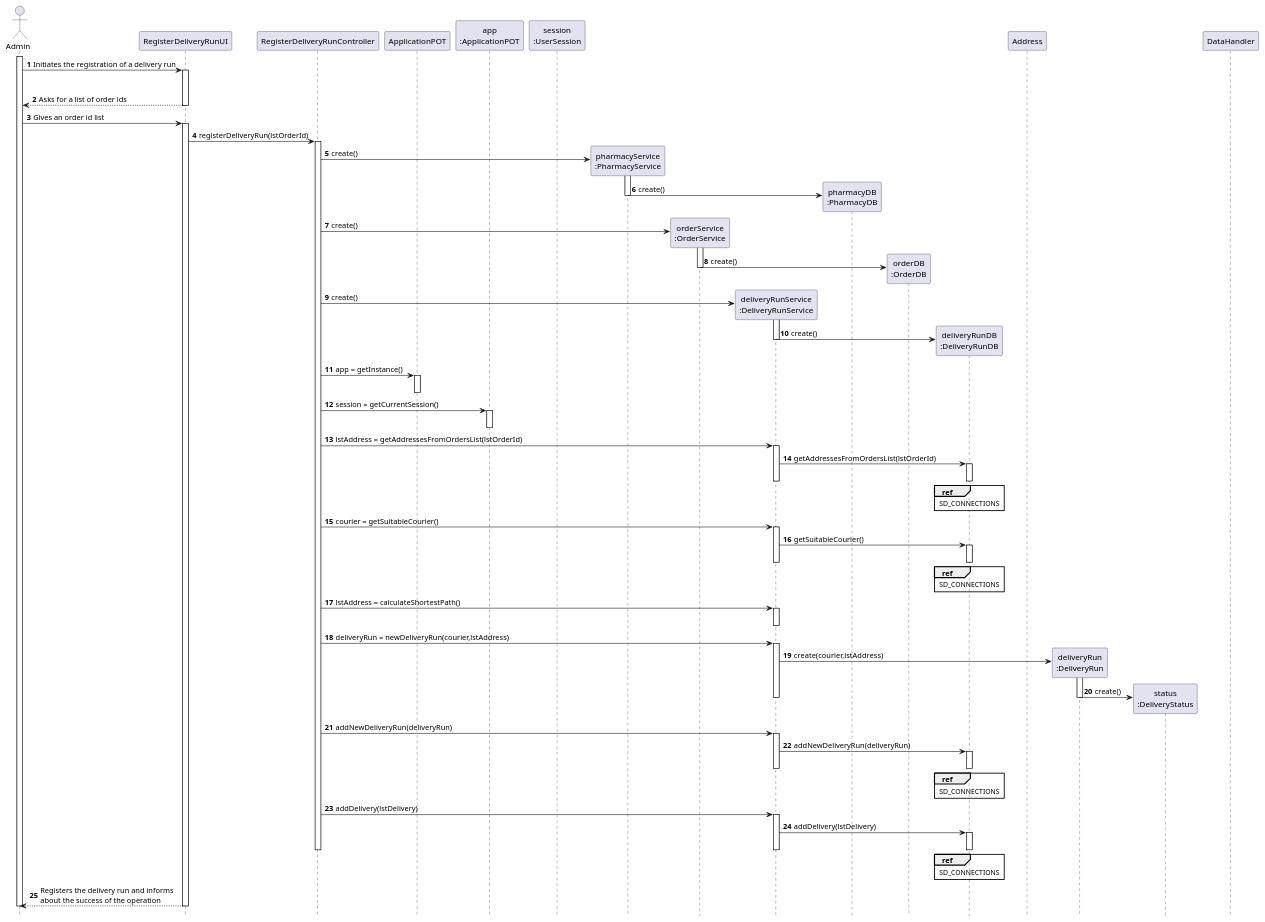
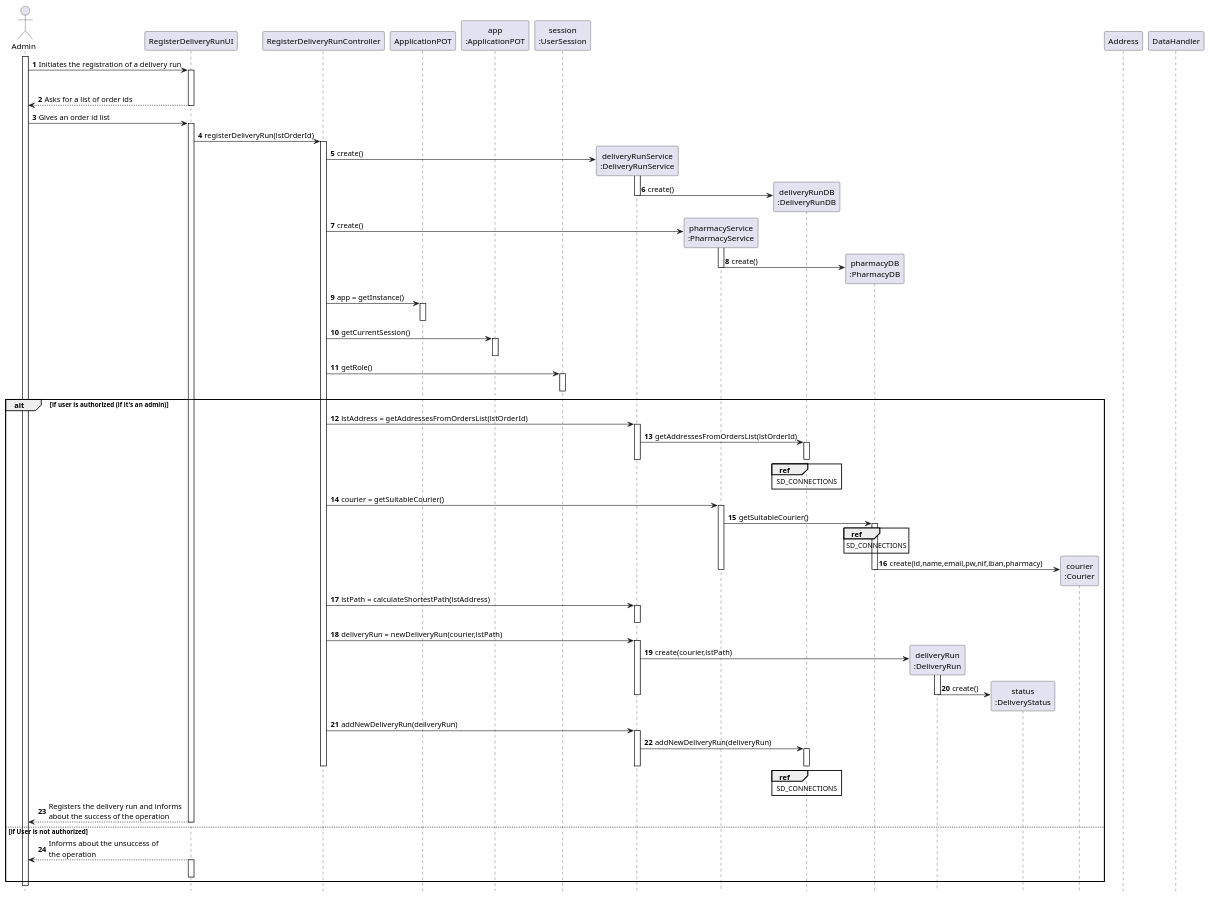
The diagram in docs/Iteration 2/Delivery Management/US206_RegisterDeliveryRun/US206_SD.puml (tiagoavcosta25/LAPR3), drawn with PlantUML before and after one commit. The commit also changed 22 other files, not shown here.

Commit message:
LAPR2AP2-220 #developing Register Delivery Run [Implementation]

```diff
--- a/docs/Iteration 2/Delivery Management/US206_RegisterDeliveryRun/US206_SD.puml
+++ b/docs/Iteration 2/Delivery Management/US206_RegisterDeliveryRun/US206_SD.puml
@@ -1,152 +1,152 @@
 @startuml
 autonumber
 hide footbox
 
 actor "Admin" as U
 
 participant "RegisterDeliveryRunUI" as UI
 participant "RegisterDeliveryRunController" as CTRL
 participant "ApplicationPOT" as _APP
 participant "app\n:ApplicationPOT" as APP
 participant "session\n:UserSession" as SESSION
-
+participant "deliveryRunService\n:DeliveryRunService" as DRS
 participant "pharmacyService\n:PharmacyService" as PS
-participant "orderService\n:OrderService" as OS
-participant "deliveryRunService\n:DeliveryRunService" as DRS
+participant "deliveryRunDB\n:DeliveryRunDB" as DB
 participant "pharmacyDB\n:PharmacyDB" as PDB
-participant "orderDB\n:OrderDB" as ODB
-participant "deliveryRunDB\n:DeliveryRunDB" as DB
-participant "Address" as A
 participant "deliveryRun\n:DeliveryRun" as DR
 participant "status\n:DeliveryStatus" as DS
-
+participant "courier\n:Courier" as C
+participant "Address" as A
 
 participant "DataHandler" as DH
 
 activate U
 
 U -> UI : Initiates the registration of a delivery run
 activate UI
 
 
 
 
 
 
 
-
-deactivate ODB
 deactivate CTRL
 
 
 UI --> U: Asks for a list of order ids
 
 deactivate UI
 
 
 
 
 U -> UI : Gives an order id list
 activate UI
 UI -> CTRL : registerDeliveryRun(lstOrderId)
 activate CTRL
-CTRL -> PS** : create()
-activate PS
-PS -> PDB** : create()
-deactivate PS
 
-CTRL -> OS** : create()
-activate OS
-OS -> ODB** : create()
-deactivate OS
+
+
 
 CTRL -> DRS** : create()
 activate DRS
 DRS -> DB** : create()
 deactivate DRS
+
+CTRL -> PS** : create()
+activate PS
+PS -> PDB** : create()
+deactivate PS
 CTRL -> _APP: app = getInstance()
 activate _APP
 deactivate _APP
 
-CTRL -> APP : session = getCurrentSession()
+CTRL -> APP : getCurrentSession()
 activate APP
 deactivate APP
 
+CTRL -> SESSION : getRole()
+activate SESSION
+deactivate SESSION
 
+alt if user is authorized (if it's an admin)
 CTRL -> DRS : lstAddress = getAddressesFromOrdersList(lstOrderId)
 activate DRS
 DRS -> DB : getAddressesFromOrdersList(lstOrderId)
 activate DB
 
 ref over DB
 SD_CONNECTIONS
 end ref
 deactivate DB
 deactivate DRS
 
 
 
-CTRL -> DRS : courier = getSuitableCourier()
-activate DRS
-DRS -> DB : getSuitableCourier()
-activate DB
-deactivate DB
-deactivate DRS
 
-ref over DB
+CTRL -> PS : courier = getSuitableCourier()
+activate PS
+PS -> PDB : getSuitableCourier()
+activate PDB
+ref over PDB
 SD_CONNECTIONS
 end ref
+PDB -> C** : create(id,name,email,pw,nif,iban,pharmacy)
+deactivate DB
+deactivate PS
+deactivate PDB
 
-CTRL -> DRS : lstAddress = calculateShortestPath()
+
+CTRL -> DRS : lstPath = calculateShortestPath(lstAddress)
 activate DRS
 deactivate DRS
-CTRL -> DRS : deliveryRun = newDeliveryRun(courier,lstAddress)
+CTRL -> DRS : deliveryRun = newDeliveryRun(courier,lstPath)
 activate DRS
-DRS -> DR** : create(courier,lstAddress)
+DRS -> DR** : create(courier,lstPath)
 activate DR
 DR -> DS** : create()
 deactivate DRS
 
 
 
 deactivate DR
 
 CTRL -> DRS : addNewDeliveryRun(deliveryRun)
 activate DRS
 DRS -> DB : addNewDeliveryRun(deliveryRun)
 activate DB
 deactivate DRS
 ref over DB
 SD_CONNECTIONS
 end ref
 deactivate DB
 
-CTRL -> DRS : addDelivery(lstDelivery)
-activate DRS
-DRS -> DB : addDelivery(lstDelivery)
 
-activate DB
-ref over DB
-SD_CONNECTIONS
-end ref
 deactivate DB
 deactivate DRS
 
 deactivate CTRL
 
 UI --> U : Registers the delivery run and informs\nabout the success of the operation
 deactivate UI
 
+else if User is not authorized
 
+
+UI --> U : Informs about the unsuccess of\nthe operation
+activate UI
+deactivate UI
+end
 
 
 
 
 
 
 
 
 deactivate U
 
 
 @enduml
```
